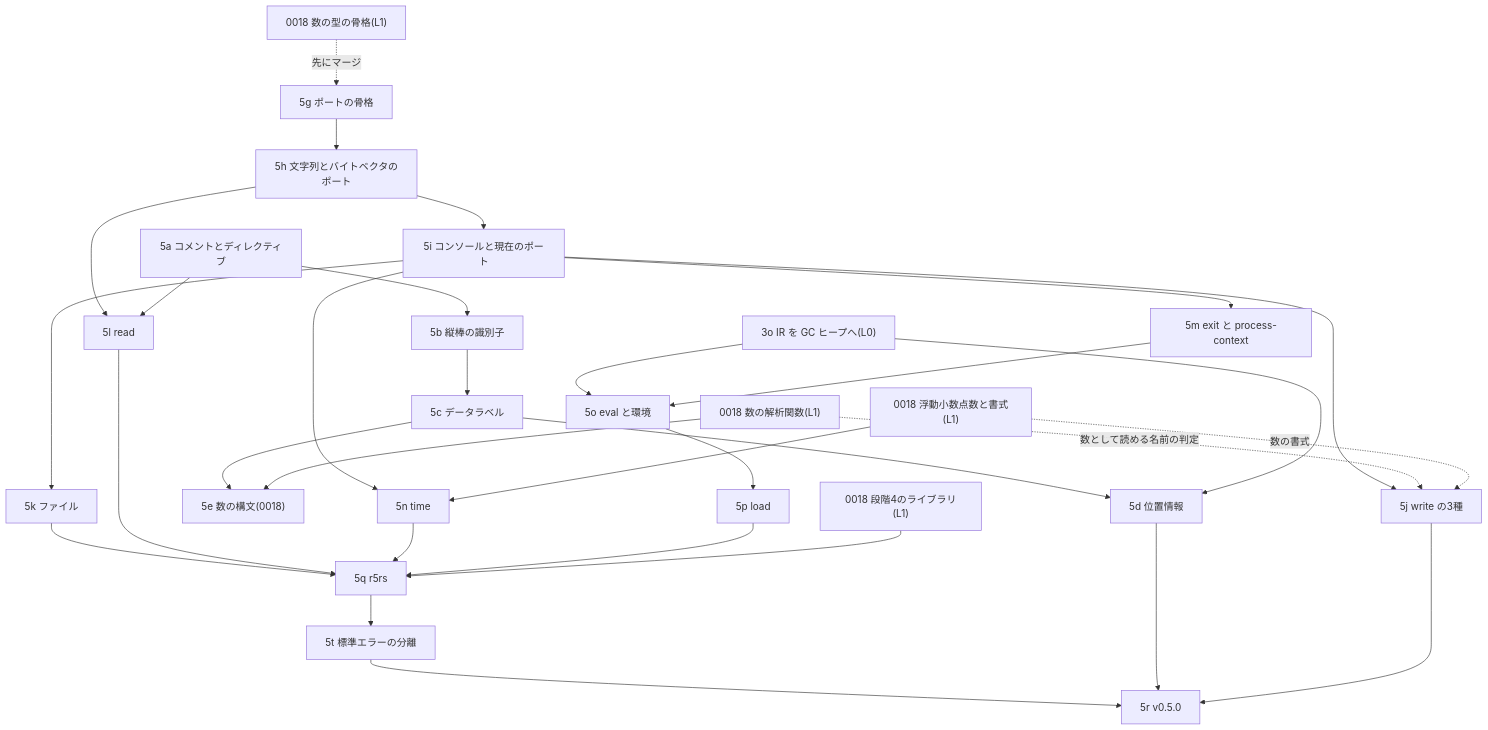
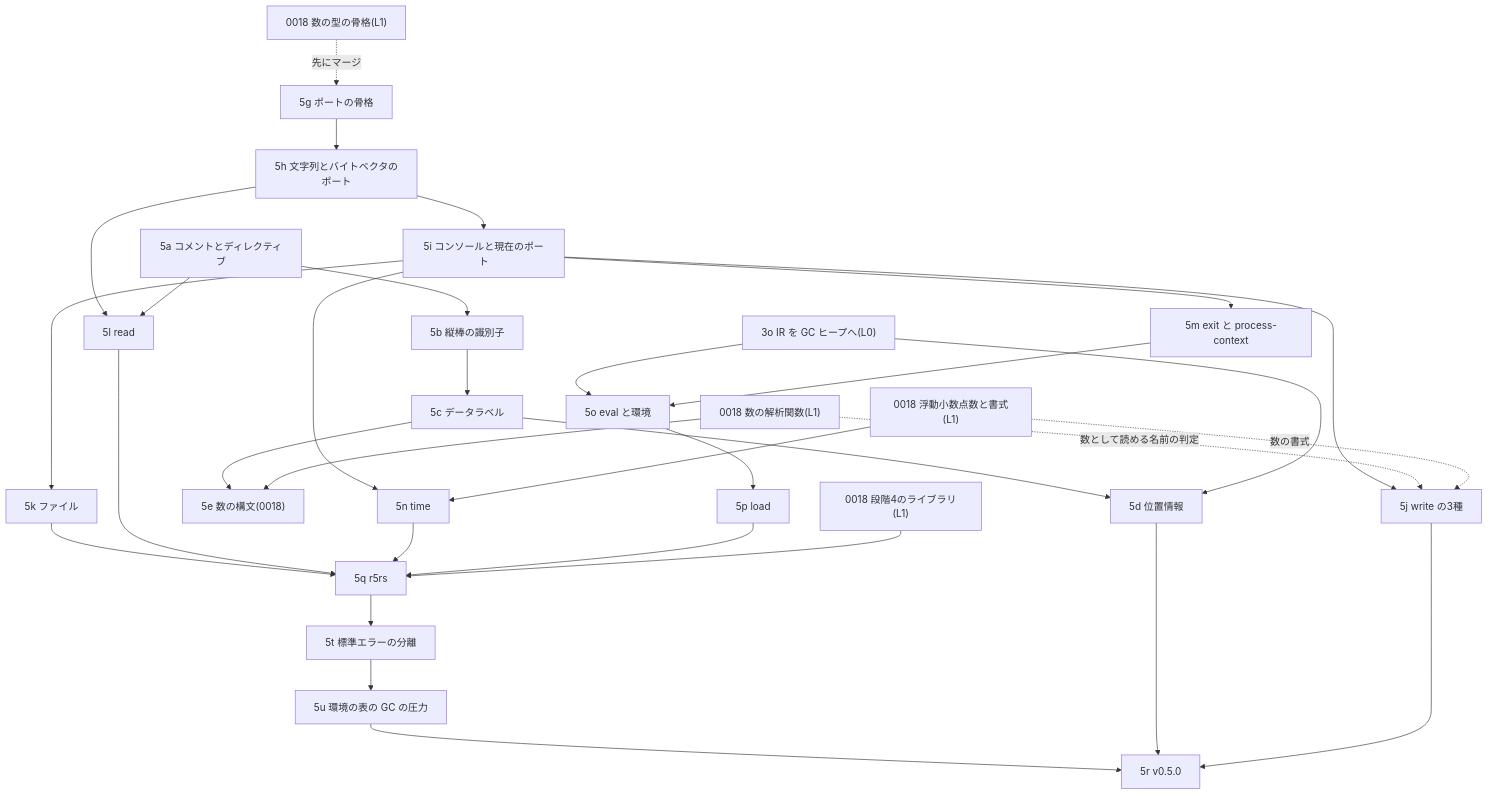
One commit to suchi/sucheme-zig changed the diagram in docs/plans/0019-phase5-ports-and-io.md. Above: the diagram before and after it, drawn with Mermaid. The commit also changed other lines of this file and 1 other file, not shown here.

````diff
--- a/docs/plans/0019-phase5-ports-and-io.md
+++ b/docs/plans/0019-phase5-ports-and-io.md
@@ -126,52 +126,53 @@
 ```mermaid
 flowchart TD
     o3["3o IR を GC ヒープへ(L0)"]
     n0["0018 数の型の骨格(L1)"]
     nf["0018 浮動小数点数と書式(L1)"]
     np["0018 数の解析関数(L1)"]
     nl["0018 段階4のライブラリ(L1)"]
     s5a["5a コメントとディレクティブ"]
     s5b["5b 縦棒の識別子"]
     s5c["5c データラベル"]
     s5d["5d 位置情報"]
     s5e["5e 数の構文(0018)"]
     s5g["5g ポートの骨格"]
     s5h["5h 文字列とバイトベクタのポート"]
     s5i["5i コンソールと現在のポート"]
     s5j["5j write の3種"]
     s5k["5k ファイル"]
     s5l["5l read"]
     s5m["5m exit と process-context"]
     s5n["5n time"]
     s5o["5o eval と環境"]
     s5p["5p load"]
     s5q["5q r5rs"]
     s5r["5r v0.5.0"]
     s5t["5t 標準エラーの分離"]
+    s5u["5u 環境の表の GC の圧力"]
     s5a --> s5b --> s5c --> s5d
     o3 --> s5d
     s5c --> s5e
     np --> s5e
     n0 -.->|"先にマージ"| s5g
     s5g --> s5h --> s5i
     s5i --> s5j
     s5i --> s5k
     s5h --> s5l
     s5a --> s5l
     s5i --> s5m
     s5i --> s5n
     nf --> s5n
     np -.->|"数として読める名前の判定"| s5j
     nf -.->|"数の書式"| s5j
     o3 --> s5o
     s5m --> s5o
     s5o --> s5p
     s5k --> s5q
     s5l --> s5q
     s5n --> s5q
     s5p --> s5q
     nl --> s5q
-    s5q --> s5t --> s5r
+    s5q --> s5t --> s5u --> s5r
     s5d --> s5r
     s5j --> s5r
 ```
````
